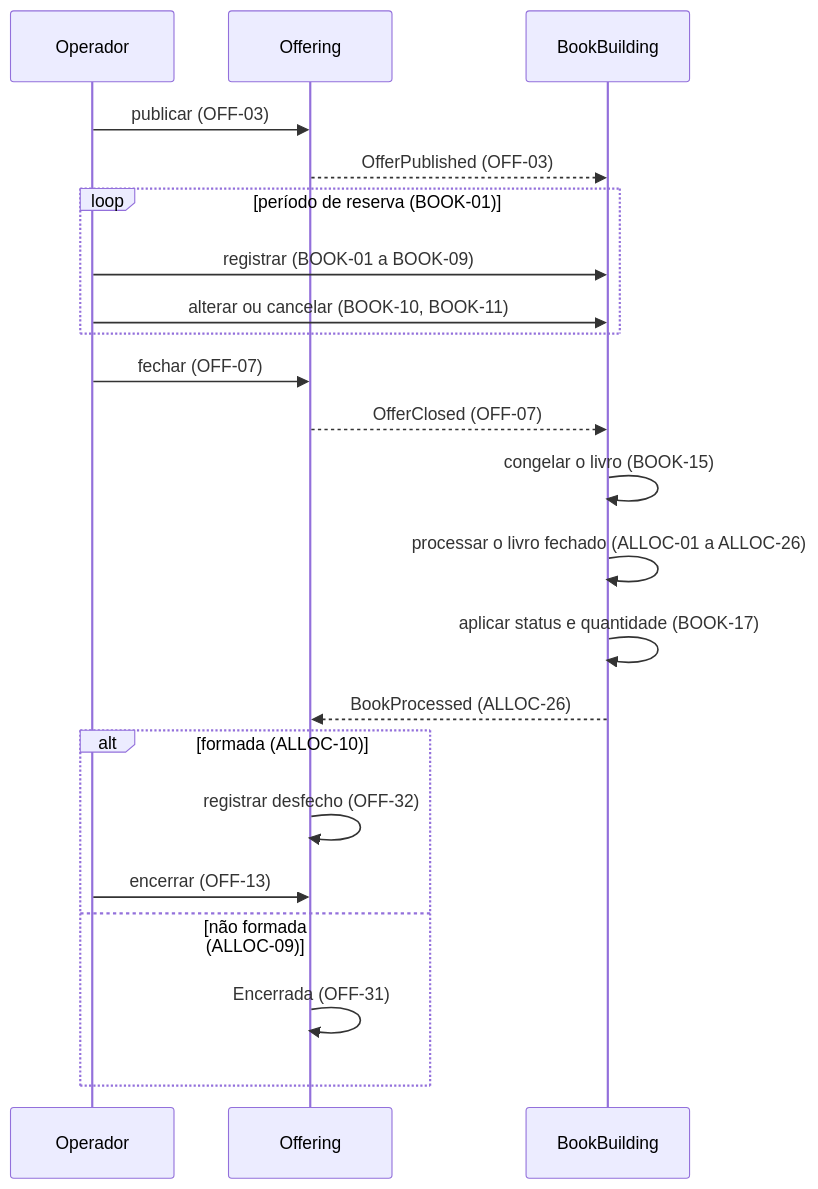
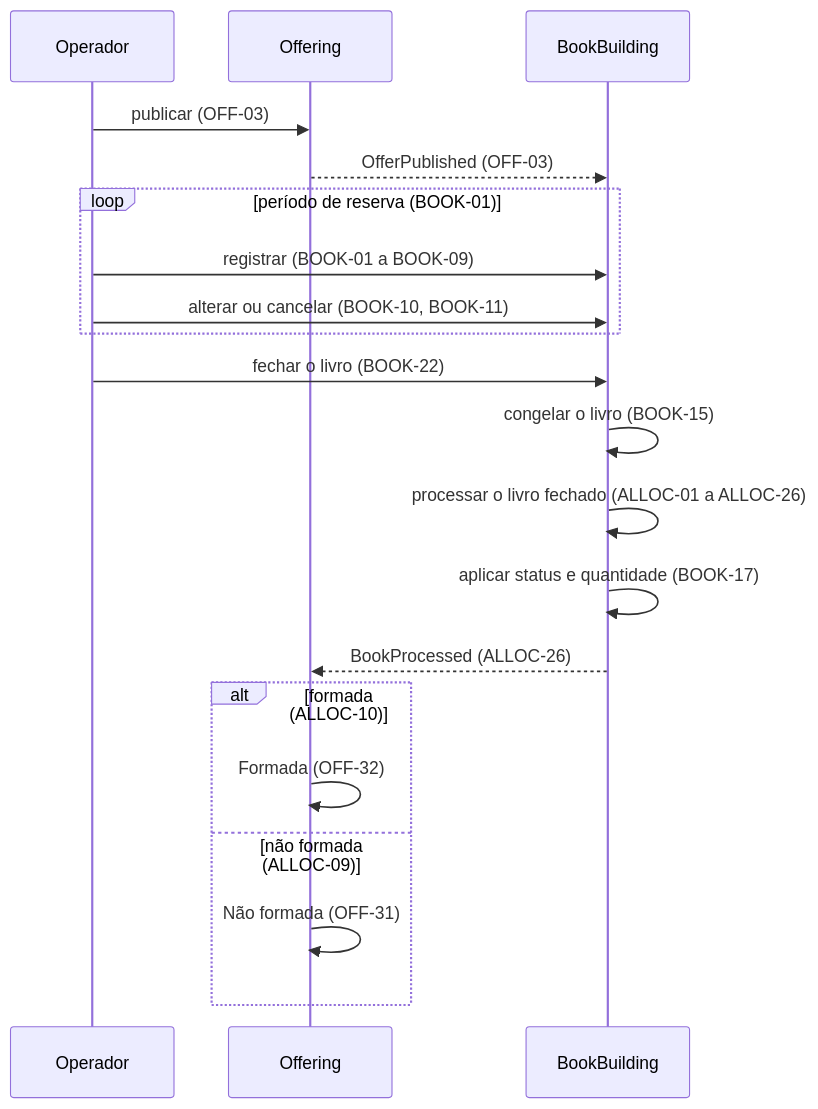
One commit to guilhermesalvi/fund-distribution-platform changed the first of 2 diagrams in docs/prd/0000-platform-overview.md. Above: the diagram before and after it, drawn with Mermaid. The commit also changed other lines of this file and 3 other files, not shown here.

Commit message:
docs: close book in book building, end offer on outcome

````diff
--- a/docs/prd/0000-platform-overview.md
+++ b/docs/prd/0000-platform-overview.md
@@ -40,24 +39,22 @@
 ```mermaid
 sequenceDiagram
     participant Operador
     participant Offering
     participant BookBuilding
     Operador->>Offering: publicar (OFF-03)
     Offering-->>BookBuilding: OfferPublished (OFF-03)
     loop período de reserva (BOOK-01)
         Operador->>BookBuilding: registrar (BOOK-01 a BOOK-09)
         Operador->>BookBuilding: alterar ou cancelar (BOOK-10, BOOK-11)
     end
-    Operador->>Offering: fechar (OFF-07)
-    Offering-->>BookBuilding: OfferClosed (OFF-07)
+    Operador->>BookBuilding: fechar o livro (BOOK-22)
     BookBuilding->>BookBuilding: congelar o livro (BOOK-15)
     BookBuilding->>BookBuilding: processar o livro fechado (ALLOC-01 a ALLOC-26)
     BookBuilding->>BookBuilding: aplicar status e quantidade (BOOK-17)
     BookBuilding-->>Offering: BookProcessed (ALLOC-26)
     alt formada (ALLOC-10)
-        Offering->>Offering: registrar desfecho (OFF-32)
-        Operador->>Offering: encerrar (OFF-13)
+        Offering->>Offering: Formada (OFF-32)
     else não formada (ALLOC-09)
-        Offering->>Offering: Encerrada (OFF-31)
+        Offering->>Offering: Não formada (OFF-31)
     end
 ```
````
